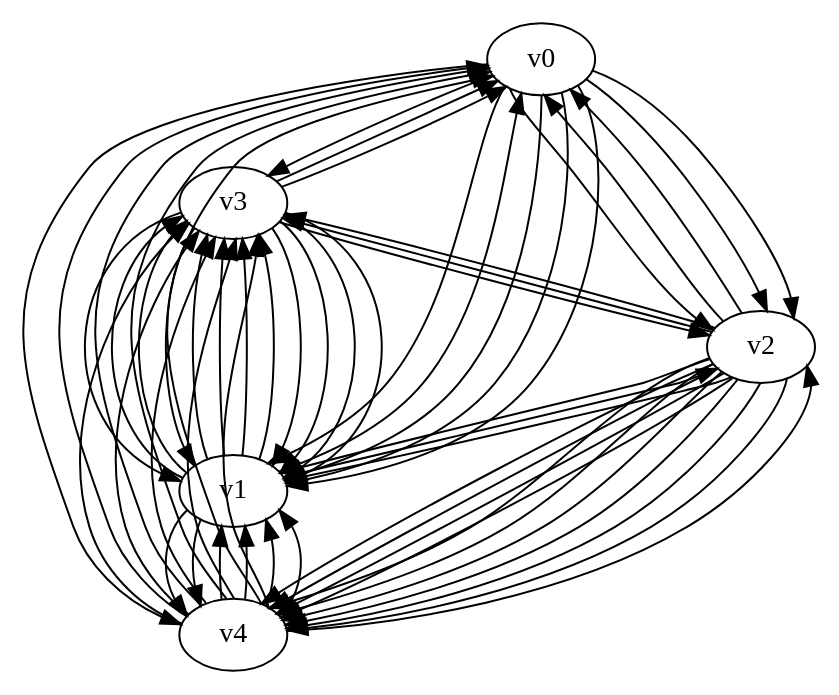
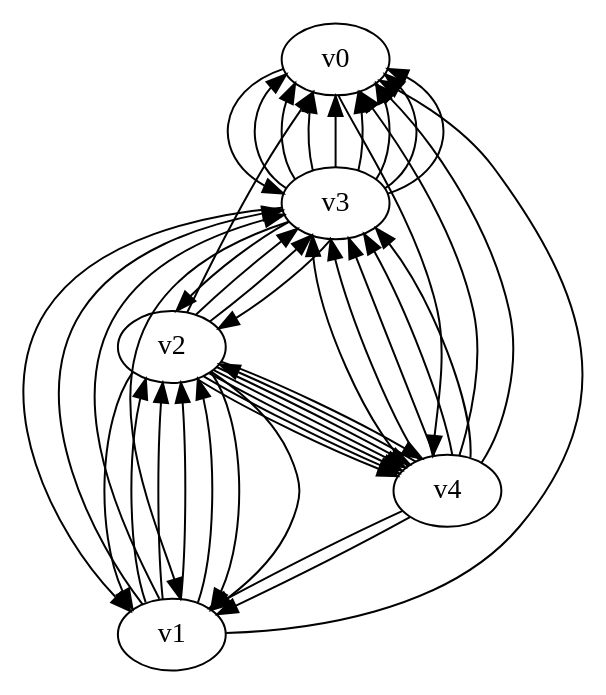
The diagram in diagraph.dot (yadej/graph_project), drawn with Graphviz before and after one commit. The commit also changed 1 other file, not shown here.

```diff
--- a/diagraph.dot
+++ b/diagraph.dot
@@ -1,28 +1,23 @@
 digraph G { 
 v0 -> v3;
 v0 -> v4 -> v3;
-v1 -> v0 -> v2;
-v1 -> v2;
-v1 -> v4 -> v0;
-v1 -> v4 -> v0;
-v2 -> v0 -> v1;
-v2 -> v0 -> v1;
-v2 -> v1 -> v3;
-v2 -> v1 -> v3;
-v2 -> v3 -> v1;
-v2 -> v3 -> v1;
-v2 -> v4 -> v0 -> v1;
-v2 -> v4 -> v0 -> v1;
-v2 -> v4 -> v1 -> v3;
-v2 -> v4 -> v1 -> v3;
-v2 -> v4 -> v1 -> v3;
-v2 -> v4 -> v1 -> v3;
-v2 -> v4 -> v3 -> v1;
-v2 -> v4 -> v3 -> v1;
-v2 -> v4 -> v3 -> v1;
-v2 -> v4 -> v3 -> v1;
-v3 -> v0 -> v2;
-v3 -> v0 -> v2;
-v3 -> v2;
-v4 -> v2;
+v1 -> v0;
+v1 -> v3 -> v0;
+v1 -> v3 -> v0;
+v2 -> v0;
+v2 -> v3 -> v0;
+v2 -> v3 -> v0;
+v2 -> v4 -> v0;
+v2 -> v4 -> v0;
+v2 -> v4 -> v3 -> v0;
+v2 -> v4 -> v3 -> v0;
+v2 -> v4 -> v3 -> v0;
+v2 -> v4 -> v3 -> v0;
+v3 -> v1 -> v2;
+v3 -> v1 -> v2;
+v3 -> v2 -> v1;
+v3 -> v2 -> v1;
+v4 -> v1 -> v2;
+v4 -> v1 -> v2;
+v4 -> v2 -> v1;
 }
```
